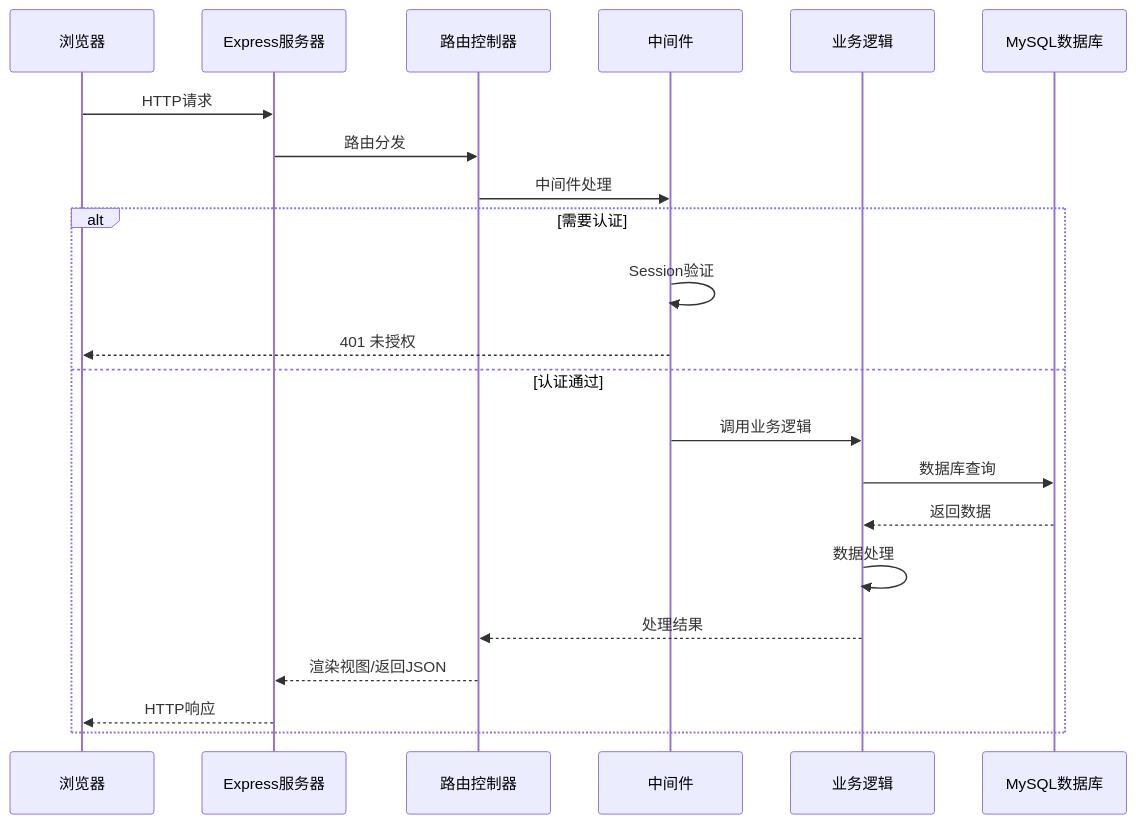
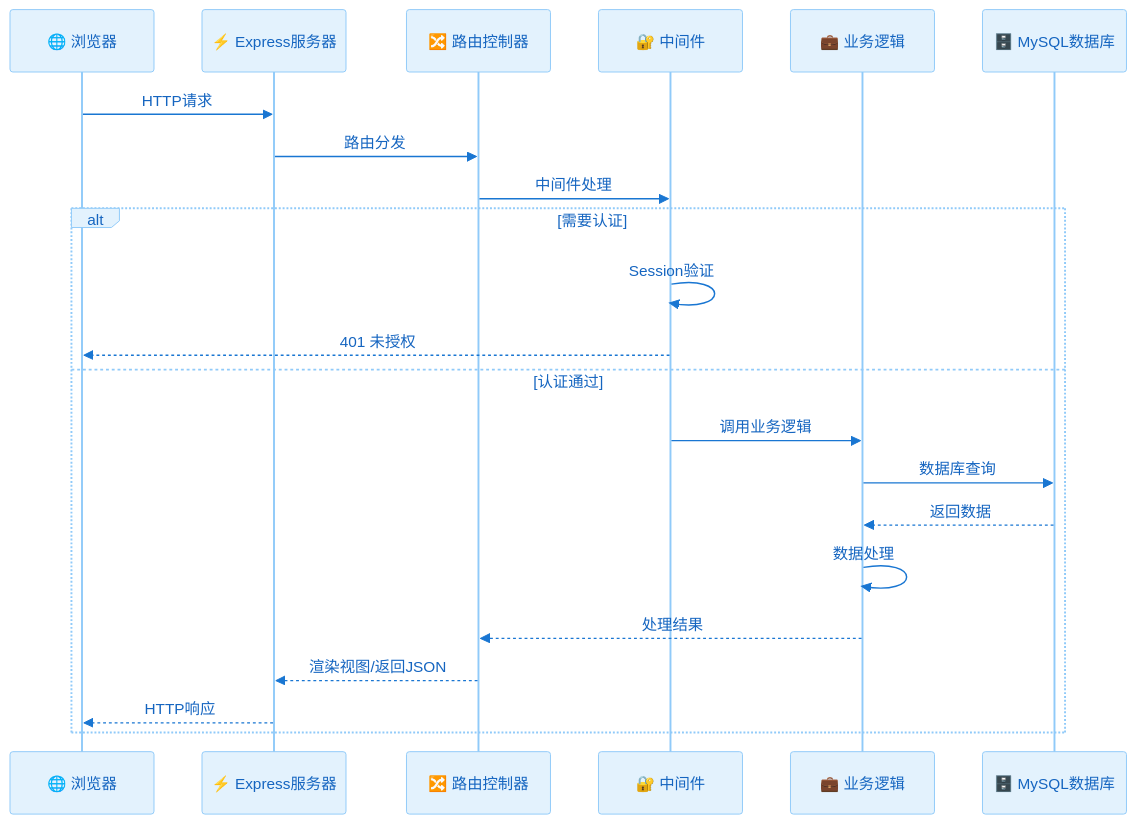
One commit to keyoshoin/movie-website changed the third of 18 diagrams in docs/架构设计.md. Above: the diagram before and after it, drawn with Mermaid. The commit also changed other lines of this file, not shown here.

````diff
--- a/docs/架构设计.md
+++ b/docs/架构设计.md
@@ -113,26 +103,27 @@
 ```mermaid
+%%{init: {'theme': 'base', 'themeVariables': { 'primaryColor': '#e3f2fd', 'primaryTextColor': '#1565c0', 'actorBkg': '#e3f2fd', 'actorBorder': '#90caf9', 'actorTextColor': '#1565c0', 'signalColor': '#1976d2', 'signalTextColor': '#1565c0'}}}%%
 sequenceDiagram
-    participant Browser as 浏览器
-    participant Express as Express服务器
-    participant Router as 路由控制器
-    participant Middleware as 中间件
-    participant Business as 业务逻辑
-    participant Database as MySQL数据库
+    participant Browser as 🌐 浏览器
+    participant Express as ⚡ Express服务器
+    participant Router as 🔀 路由控制器
+    participant Middleware as 🔐 中间件
+    participant Business as 💼 业务逻辑
+    participant Database as 🗄️ MySQL数据库
     
     Browser->>Express: HTTP请求
     Express->>Router: 路由分发
     Router->>Middleware: 中间件处理
     
     alt 需要认证
         Middleware->>Middleware: Session验证
         Middleware-->>Browser: 401 未授权
     else 认证通过
         Middleware->>Business: 调用业务逻辑
         Business->>Database: 数据库查询
         Database-->>Business: 返回数据
         Business->>Business: 数据处理
         Business-->>Router: 处理结果
         Router-->>Express: 渲染视图/返回JSON
         Express-->>Browser: HTTP响应
     end
 ```
````
